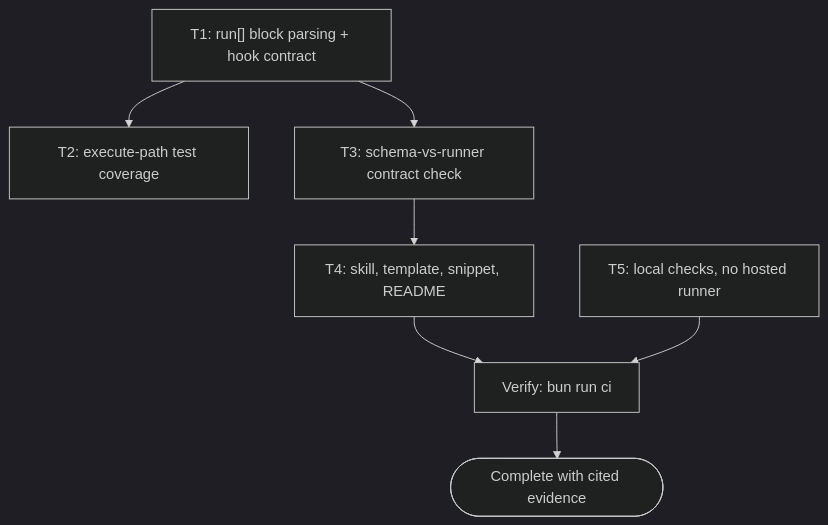
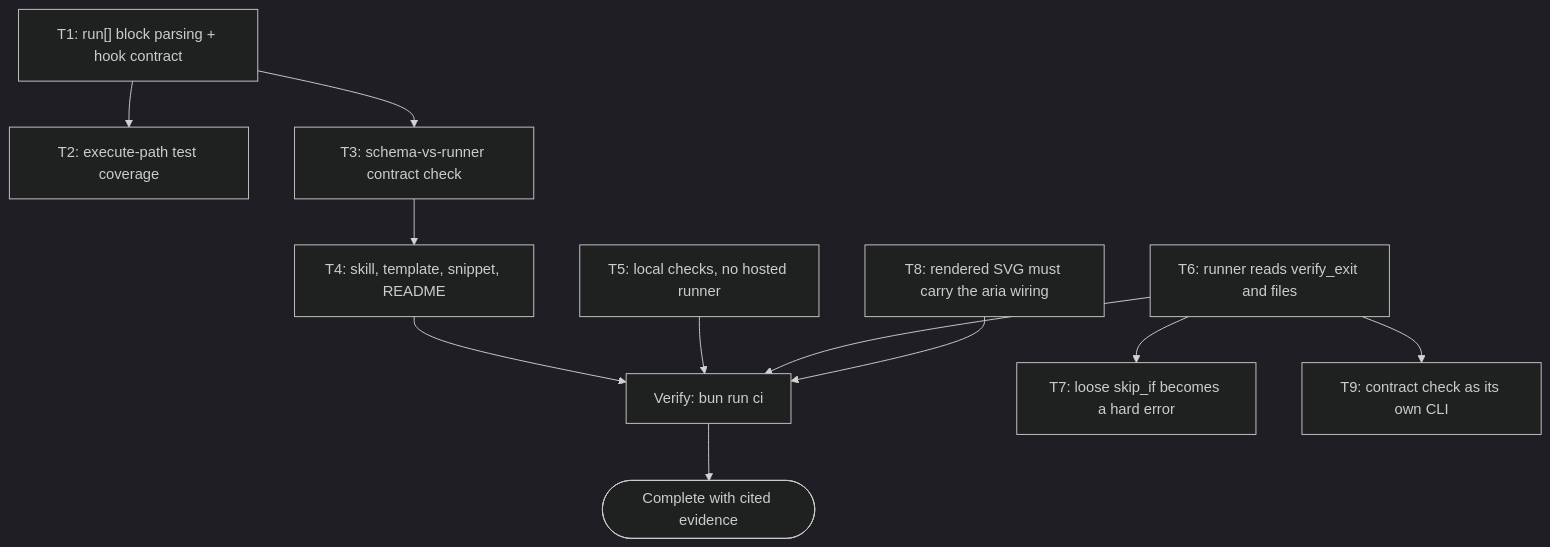
The diagram in docs/code-plan/plans/2026-09-28-run-contract-determinism.md (belajarcarabelajar/ai-skills), drawn with Mermaid (dark theme) before and after one commit. The commit also changed other lines of this file and 12 other files, not shown here.

````diff
--- a/docs/code-plan/plans/2026-09-28-run-contract-determinism.md
+++ b/docs/code-plan/plans/2026-09-28-run-contract-determinism.md
@@ -95,11 +139,15 @@
 ```mermaid
 flowchart TD
     accTitle: Plan runner execution contract
     accDescr: The runner parser and hook contract come first, because the test suite and the schema check both read what the runner exposes. Documentation follows the schema check, and the full continuous integration run closes the plan.
     T1["T1: run[] block parsing + hook contract"] --> T2["T2: execute-path test coverage"]
     T1 --> T3["T3: schema-vs-runner contract check"]
     T3 --> T4["T4: skill, template, snippet, README"]
     T4 --> Verify["Verify: bun run ci"]
     Verify --> Finish(["Complete with cited evidence"])
     T5["T5: local checks, no hosted runner"] --> Verify
+    T6["T6: runner reads verify_exit and files"] --> T7["T7: loose skip_if becomes a hard error"]
+    T6 --> Verify
+    T8["T8: rendered SVG must carry the aria wiring"] --> Verify
+    T6 --> T9["T9: contract check as its own CLI"]
 ```
````
